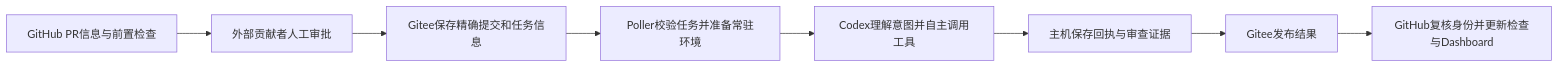
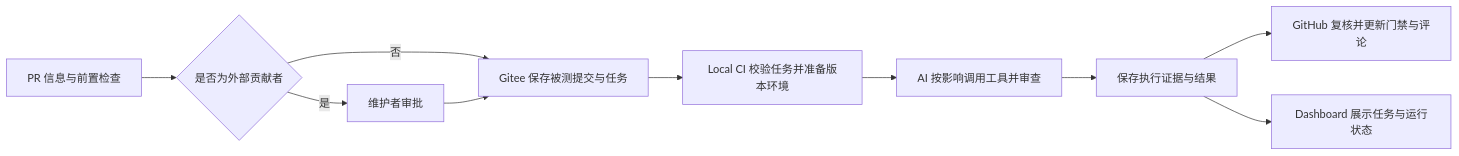
Before and after one commit to anteloper-c/triton-anchor: the diagram in docs/ci_guide_zh.md, drawn with Mermaid. The commit also changed other lines of this file and 24 other files, not shown here.

````diff
--- a/docs/ci_guide_zh.md
+++ b/docs/ci_guide_zh.md
@@ -9,10 +11,12 @@
 ```mermaid
 flowchart LR
-  A[GitHub PR信息与前置检查] --> B[外部贡献者人工审批]
-  B --> C[Gitee保存精确提交和任务信息]
-  C --> D[Poller校验任务并准备常驻环境]
-  D --> E[Codex理解意图并自主调用工具]
-  E --> F[主机保存回执与审查证据]
-  F --> G[Gitee发布结果]
-  G --> H[GitHub复核身份并更新检查与Dashboard]
+  A[PR 信息与前置检查] --> B{是否为外部贡献者}
+  B -->|是| C[维护者审批]
+  B -->|否| D[Gitee 保存被测提交与任务]
+  C --> D
+  D --> E[Local CI 校验任务并准备版本环境]
+  E --> F[AI 按影响调用工具并审查]
+  F --> G[保存执行证据与结果]
+  G --> H[GitHub 复核并更新门禁与评论]
+  G --> I[Dashboard 展示任务与运行状态]
 ```
````
